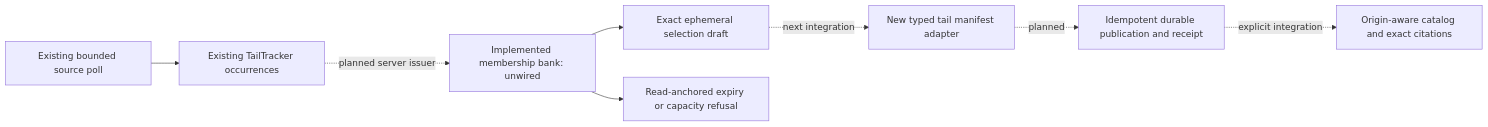
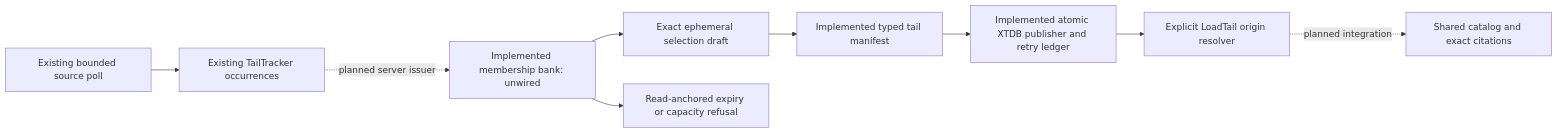
The diagram in docs/TAIL_SELECTION_CUSTODY.md (casselc/goo), drawn with Mermaid before and after one commit. The commit also changed other lines of this file and 12 other files, not shown here.

Commit message:
Add typed tail evidence and durable publication recovery

````diff
--- a/docs/TAIL_SELECTION_CUSTODY.md
+++ b/docs/TAIL_SELECTION_CUSTODY.md
@@ -71,10 +72,11 @@
 ```mermaid
 flowchart LR
   Poll[Existing bounded source poll] --> Tracker[Existing TailTracker occurrences]
   Tracker -. planned server issuer .-> Bank[Implemented membership bank: unwired]
   Bank --> Draft[Exact ephemeral selection draft]
   Bank --> Expiry[Read-anchored expiry or capacity refusal]
-  Draft -. next integration .-> Origin[New typed tail manifest adapter]
-  Origin -. planned .-> Publish[Idempotent durable publication and receipt]
-  Publish -. explicit integration .-> Catalog[Origin-aware catalog and exact citations]
+  Draft --> Origin[Implemented typed tail manifest]
+  Origin --> Publish[Implemented atomic XTDB publisher and retry ledger]
+  Publish --> Read[Explicit LoadTail origin resolver]
+  Read -. planned integration .-> Catalog[Shared catalog and exact citations]
 ```
````
